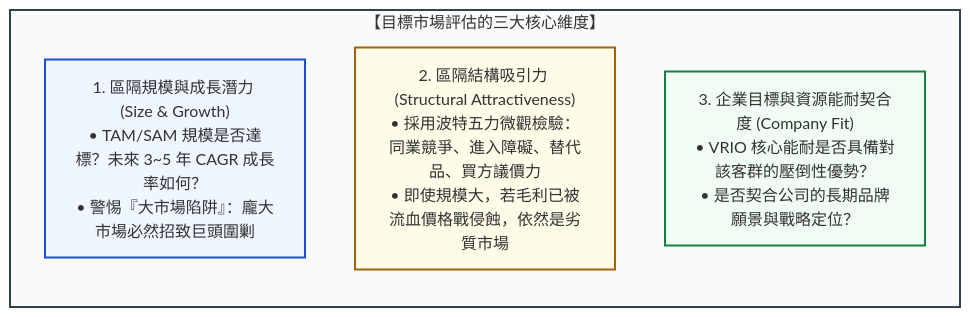
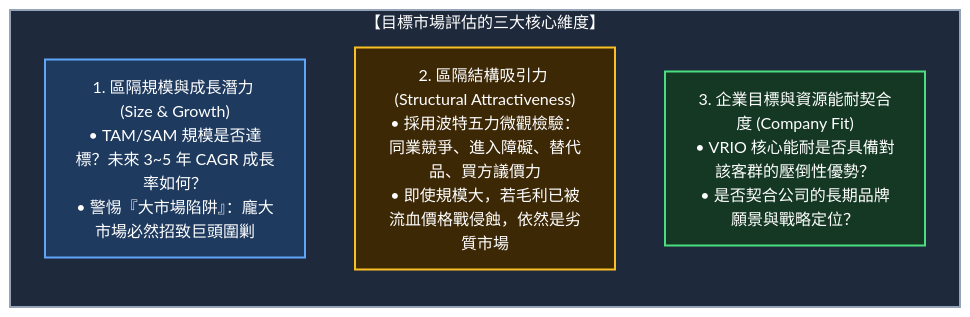
Before and after one commit to Jimlin0428/my-digital-garden: the diagram in src/site/notes/98_商業概念庫/target-market-selection_目標市場選擇.md, drawn with Mermaid. The commit also changed 58 other files, not shown here.

````diff
--- a/src/site/notes/98_商業概念庫/target-market-selection_目標市場選擇.md
+++ b/src/site/notes/98_商業概念庫/target-market-selection_目標市場選擇.md
@@ -50,14 +50,14 @@
 ```mermaid
 flowchart TD
     subgraph ThreePillars ["【目標市場評估的三大核心維度】"]
         direction TB
         P1["1. 區隔規模與成長潛力 (Size & Growth)<br/>• TAM/SAM 規模是否達標？未來 3~5 年 CAGR 成長率如何？<br/>• 警惕『大市場陷阱』：龐大市場必然招致巨頭圍剿"]
         P2["2. 區隔結構吸引力 (Structural Attractiveness)<br/>• 採用波特五力微觀檢驗：同業競爭、進入障礙、替代品、買方議價力<br/>• 即使規模大，若毛利已被流血價格戰侵蝕，依然是劣質市場"]
         P3["3. 企業目標與資源能耐契合度 (Company Fit)<br/>• VRIO 核心能耐是否具備對該客群的壓倒性優勢？<br/>• 是否契合公司的長期品牌願景與戰略定位？"]
     end
 
-    style ThreePillars fill:#f8fafc,stroke:#334155,stroke-width:2px
-    style P1 fill:#eff6ff,stroke:#1d4ed8,stroke-width:2px
-    style P2 fill:#fefce8,stroke:#a16207,stroke-width:2px
-    style P3 fill:#f0fdf4,stroke:#15803d,stroke-width:2px
+    style ThreePillars fill:#1e293b,stroke:#94a3b8,stroke-width:2px,color:#ffffff
+    style P1 fill:#1e3a5f,stroke:#60a5fa,stroke-width:2px,color:#ffffff
+    style P2 fill:#3d2806,stroke:#fbbf24,stroke-width:2px,color:#ffffff
+    style P3 fill:#143823,stroke:#4ade80,stroke-width:2px,color:#ffffff
 ```
````
